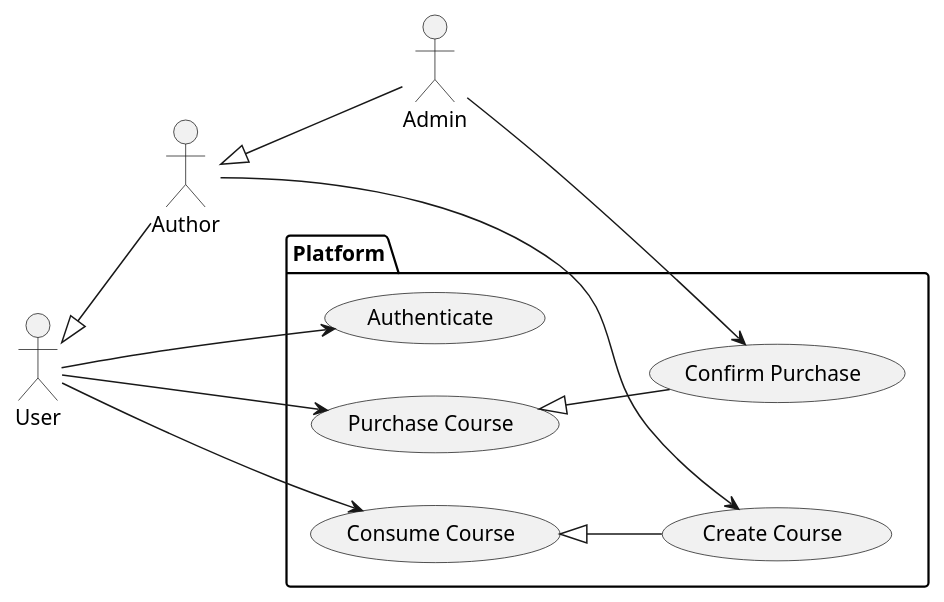
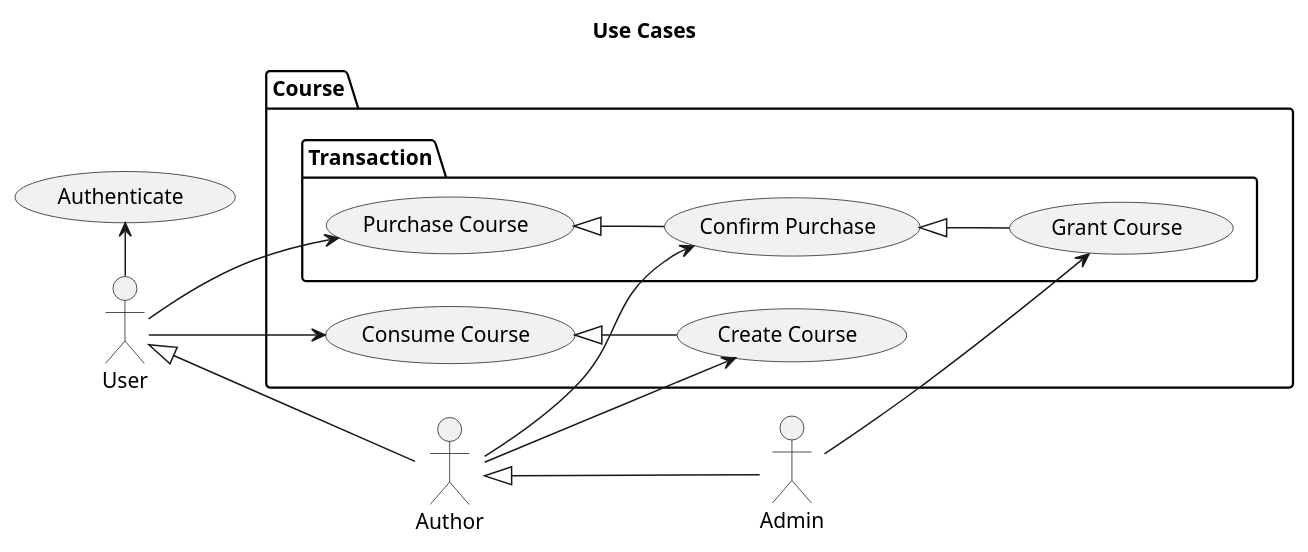
Before and after one commit to zainfathoni/kelas.rumahberbagi.com: the diagram in docs/diagrams/use-cases.puml, drawn with PlantUML. The commit also changed 1 other file, not shown here.

Commit message:
docs: update use case diagram

```diff
--- a/docs/diagrams/use-cases.puml
+++ b/docs/diagrams/use-cases.puml
@@ -1,28 +1,33 @@
 @startuml "Use Cases"
-
+title Use Cases
 left to right direction
 
 actor User as user
 actor Author as author
 actor Admin as admin
 
-package Platform {
-  usecase Authenticate as auth
+usecase Authenticate as auth
+
+package Course {
   usecase "Create Course" as create
-  usecase "Purchase Course" as purchase
   usecase "Consume Course" as consume
-  usecase "Confirm Purchase" as confirm
+  package Transaction {
+    usecase "Purchase Course" as purchase
+    usecase "Confirm Purchase" as confirm
+    usecase "Grant Course" as grant
+  }
 }
 
 user <|-- author
 author <|-- admin
 consume <|-- create
 purchase <|-- confirm
+confirm <|-- grant
 
-user --> auth
+user -left-> auth
 author --> create
 user --> purchase
-admin --> confirm
+author --> confirm
+admin --> grant
 user --> consume
-
 @enduml
```
